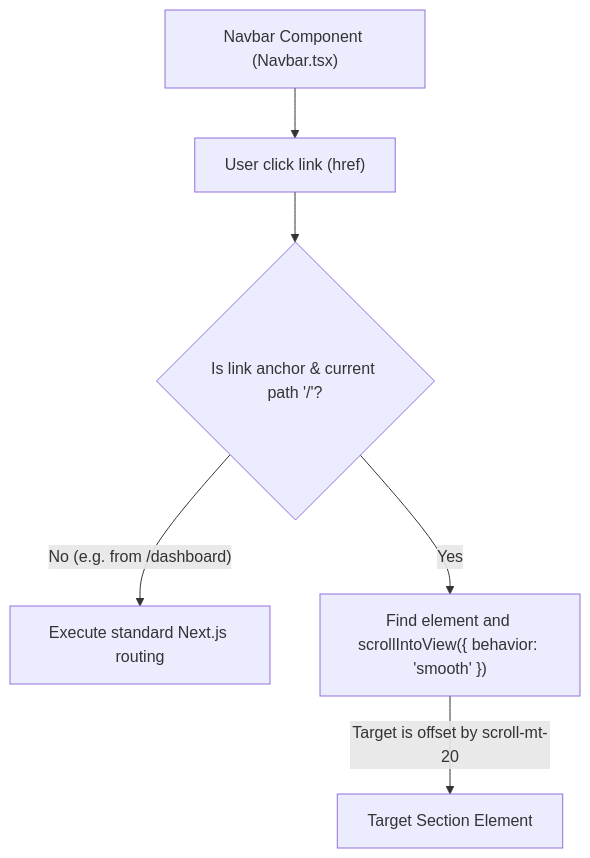
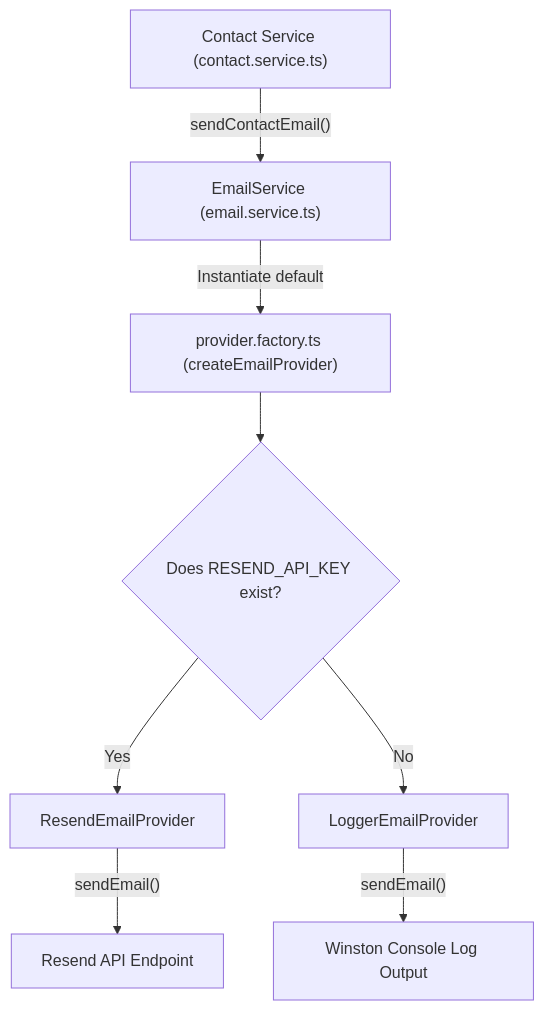
Before and after one commit to Gauravgits1308/CodeAtlas: the diagram in apps/web/walkthrough.md, drawn with Mermaid. The commit also changed other lines of this file and 8 other files, not shown here.

Commit message:
feat: replace simulated email provider with Resend SDK integration

````diff
--- a/apps/web/walkthrough.md
+++ b/apps/web/walkthrough.md
@@ -18,15 +23,19 @@
 ```mermaid
 graph TD
-    Navbar["Navbar Component (Navbar.tsx)"]
-    ClickEvent["User click link (href)"]
-    CheckPath{"Is link anchor & current path '/'?"}
-    DirectJump["Execute standard Next.js routing"]
-    SmoothScroll["Find element and scrollIntoView({ behavior: 'smooth' })"]
-    TargetEl["Target Section Element"]
+    Client["Contact Service (contact.service.ts)"]
+    Service["EmailService (email.service.ts)"]
+    Factory["provider.factory.ts (createEmailProvider)"]
+    CheckKey{"Does RESEND_API_KEY exist?"}
+    ResendProvider["ResendEmailProvider"]
+    LoggerProvider["LoggerEmailProvider"]
+    ResendAPI["Resend API Endpoint"]
+    LoggerConsole["Winston Console Log Output"]
 
-    Navbar --> ClickEvent
-    ClickEvent --> CheckPath
-    CheckPath -- "No (e.g. from /dashboard)" --> DirectJump
-    CheckPath -- "Yes" --> SmoothScroll
-    SmoothScroll -- "Target is offset by scroll-mt-20" --> TargetEl
+    Client -- "sendContactEmail()" --> Service
+    Service -- "Instantiate default" --> Factory
+    Factory --> CheckKey
+    CheckKey -- "Yes" --> ResendProvider
+    CheckKey -- "No" --> LoggerProvider
+    ResendProvider -- "sendEmail()" --> ResendAPI
+    LoggerProvider -- "sendEmail()" --> LoggerConsole
 ```
````
